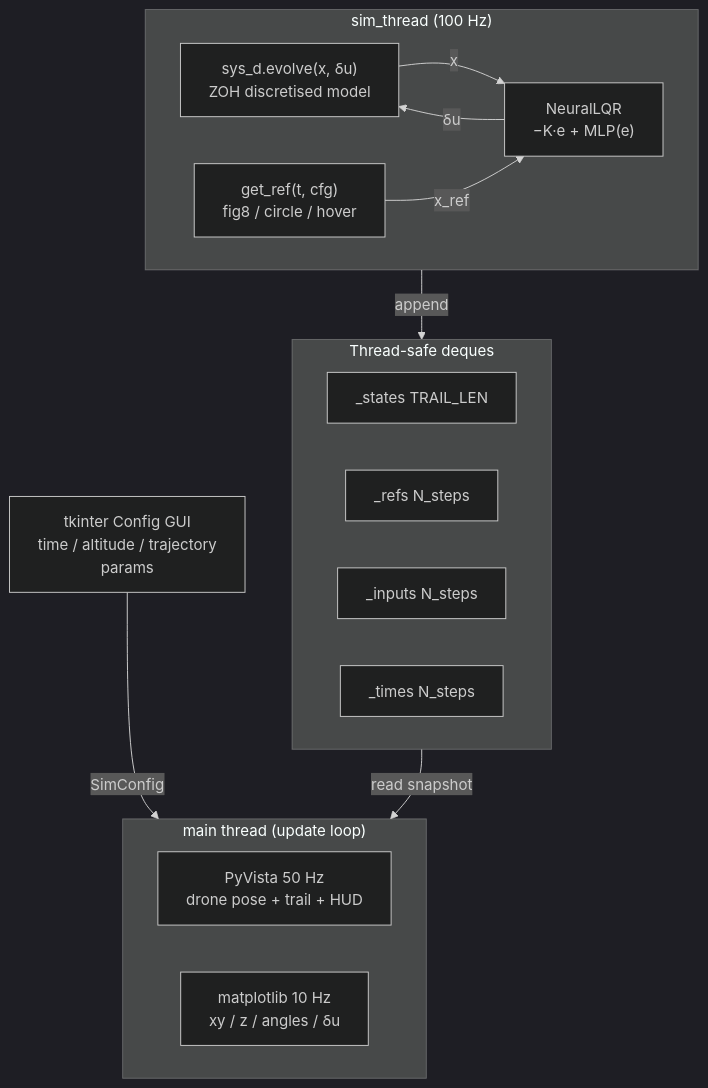
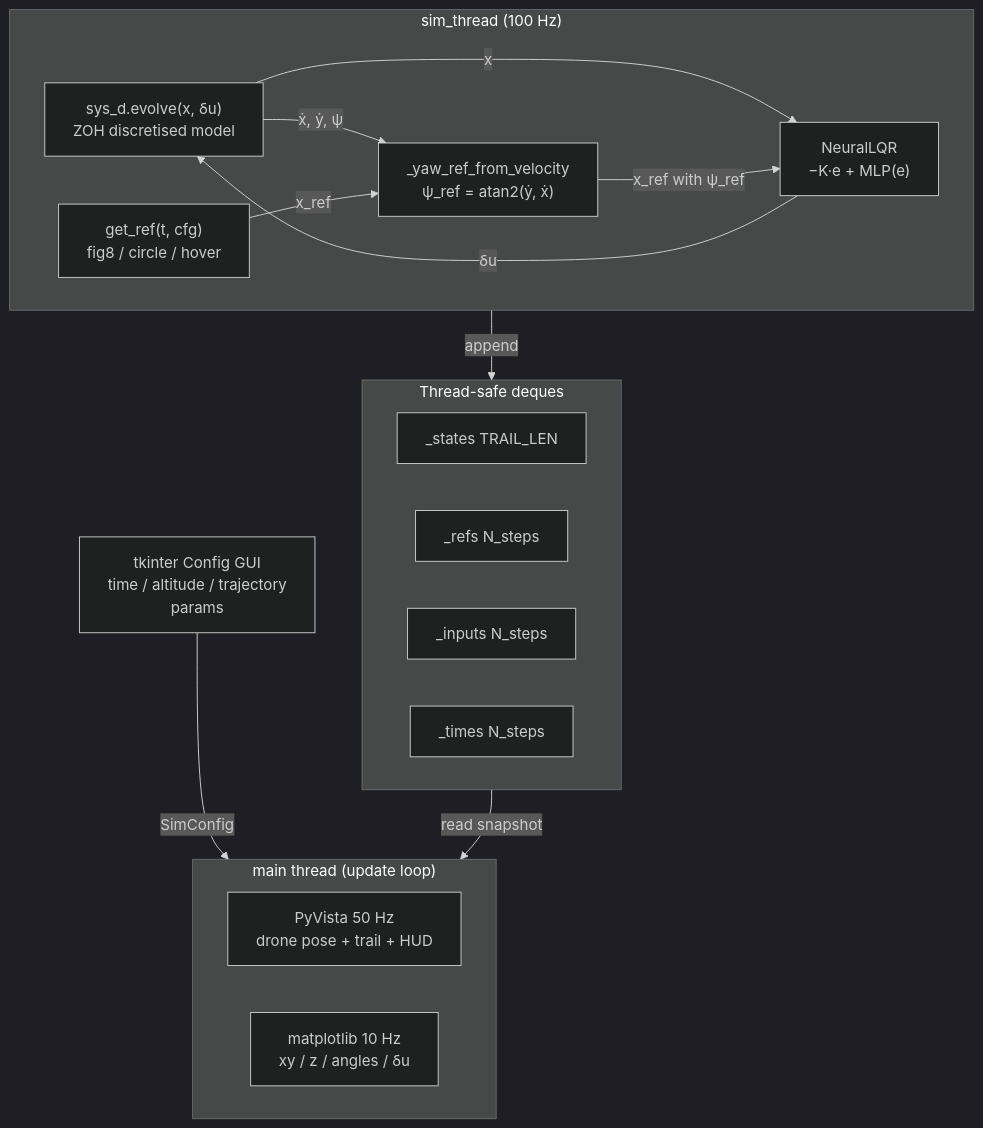
Before and after one commit to synapsys-lab/synapsys: the diagram in website/docs/examples/advanced/quadcopter-mimo.md, drawn with Mermaid. The commit also changed other lines of this file and 11 other files, not shown here.

````diff
--- a/website/docs/examples/advanced/quadcopter-mimo.md
+++ b/website/docs/examples/advanced/quadcopter-mimo.md
@@ -221,31 +255,34 @@
 ```mermaid
 %%{init: {'theme': 'dark'}}%%
 flowchart TD
     GUI["tkinter Config GUI\ntime / altitude / trajectory\nparams"]
     GUI -->|SimConfig| MAIN
 
     subgraph SIM["sim_thread  (100 Hz)"]
         PLANT["sys_d.evolve(x, δu)\nZOH discretised model"]
         CTRL["NeuralLQR\n−K·e + MLP(e)"]
         REF["get_ref(t, cfg)\nfig8 / circle / hover"]
+        YAW["_yaw_ref_from_velocity\nψ_ref = atan2(ẏ, ẋ)"]
         CTRL -->|δu| PLANT
         PLANT -->|x| CTRL
-        REF -->|x_ref| CTRL
+        PLANT -->|ẋ, ẏ, ψ| YAW
+        REF -->|x_ref| YAW
+        YAW -->|x_ref with ψ_ref| CTRL
     end
 
     subgraph BUFS["Thread-safe deques"]
         S["_states  TRAIL_LEN"]
         R["_refs    N_steps"]
         U["_inputs  N_steps"]
         T["_times   N_steps"]
     end
 
     SIM -->|append| BUFS
 
     subgraph MAIN["main thread  (update loop)"]
         PV["PyVista  50 Hz\ndrone pose + trail + HUD"]
         MPL["matplotlib  10 Hz\nxy / z / angles / δu"]
     end
 
     BUFS -->|read snapshot| MAIN
 ```
````
